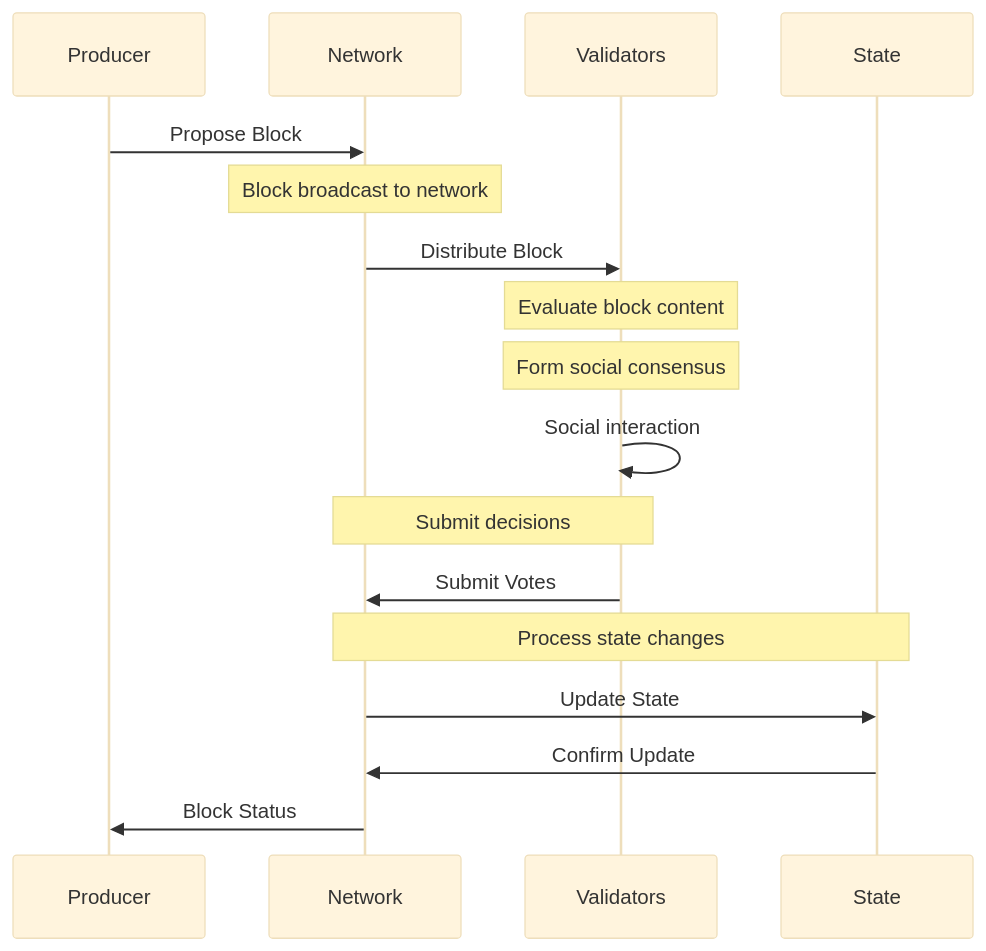
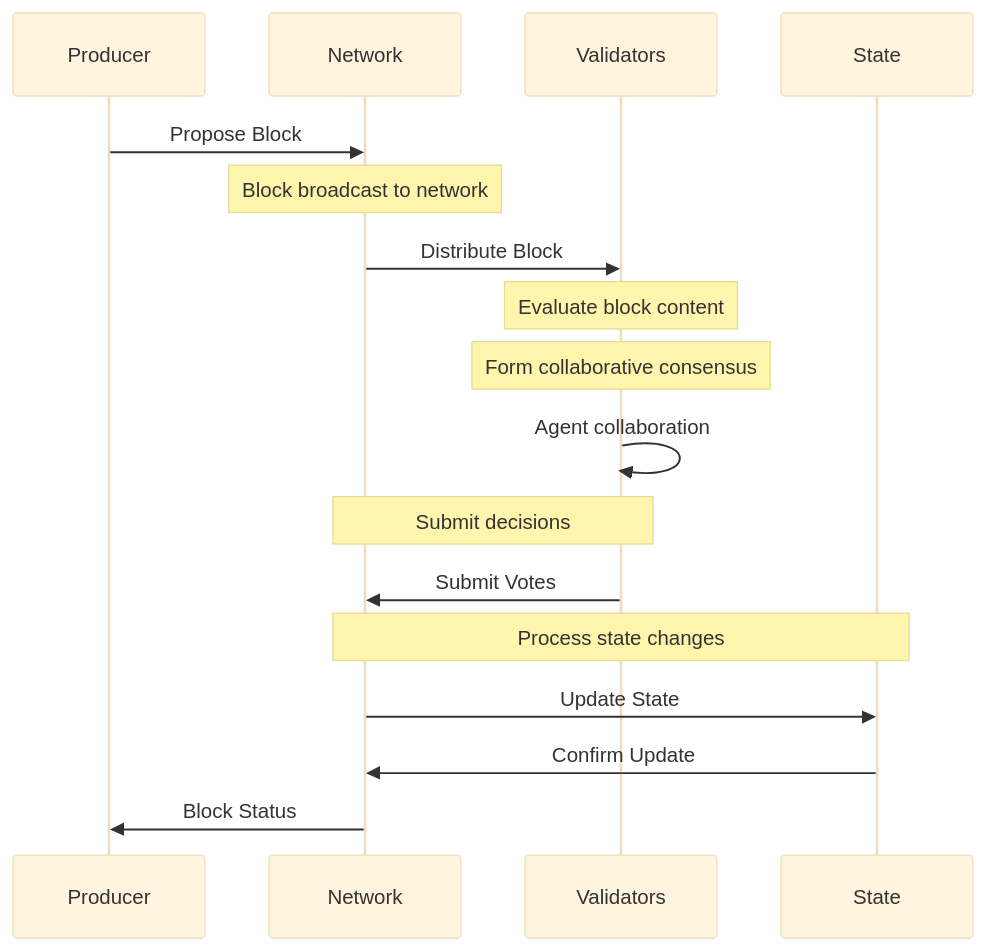
The third of 9 diagrams in docs/introduction/architecture.md (SumeetChougule/chaoschain), drawn with Mermaid before and after one commit. The commit also changed other lines of this file and 6 other files, not shown here.

````diff
--- a/docs/introduction/architecture.md
+++ b/docs/introduction/architecture.md
@@ -107,21 +107,21 @@
 ```mermaid
 %%{init: {'theme': 'base', 'themeVariables': { 'fontSize': '16px', 'fontFamily': 'arial' }}}%%
 sequenceDiagram
     participant Producer
     participant Network
     participant Validators
     participant State
 
     Producer->>Network: Propose Block
     Note over Network: Block broadcast to network
     Network->>Validators: Distribute Block
     Note over Validators: Evaluate block content
-    Note over Validators: Form social consensus
-    Validators->>Validators: Social interaction
+    Note over Validators: Form collaborative consensus
+    Validators->>Validators: Agent collaboration
     Note over Validators,Network: Submit decisions
     Validators->>Network: Submit Votes
     Note over Network,State: Process state changes
     Network->>State: Update State
     State->>Network: Confirm Update
     Network->>Producer: Block Status
 ```
````
